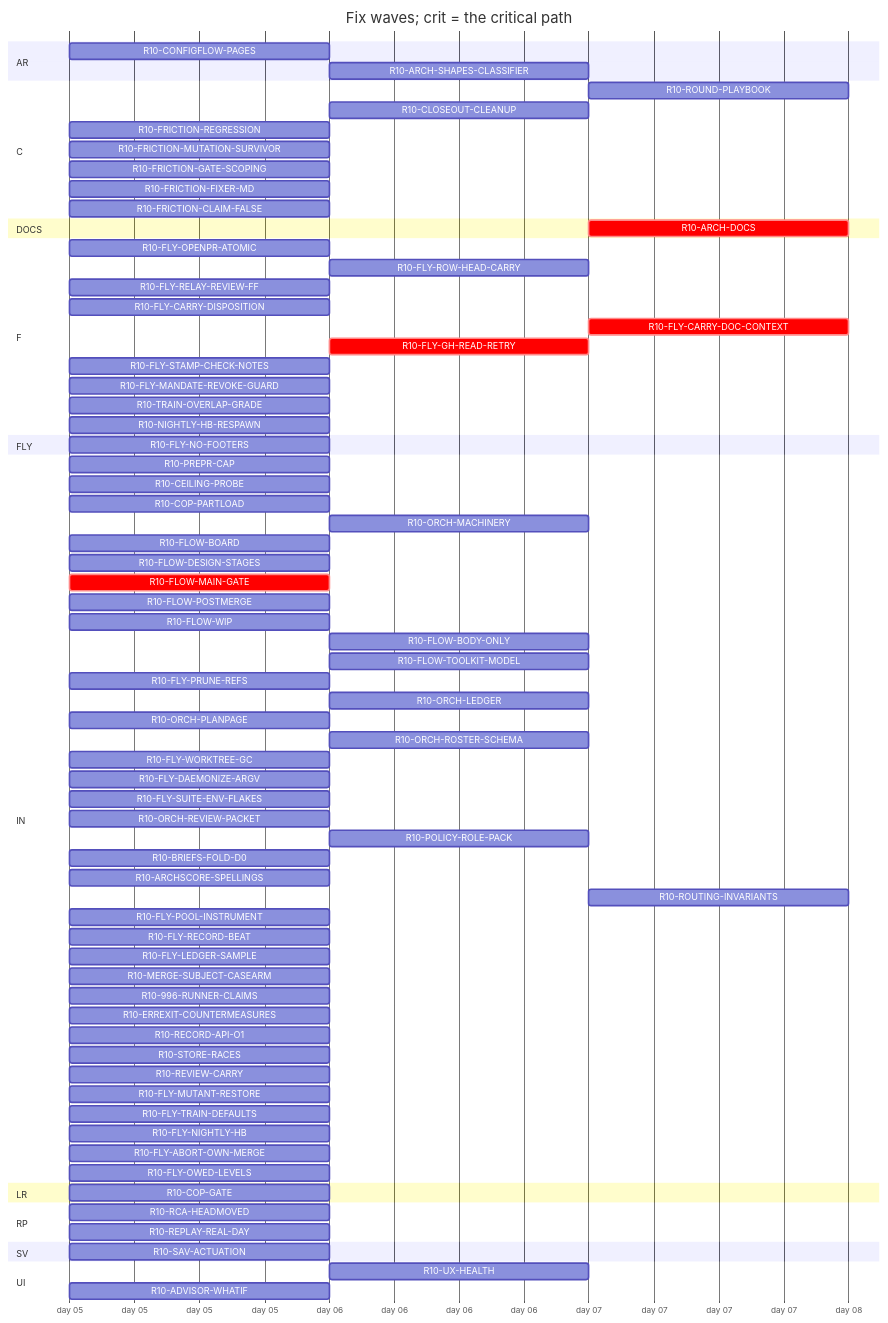
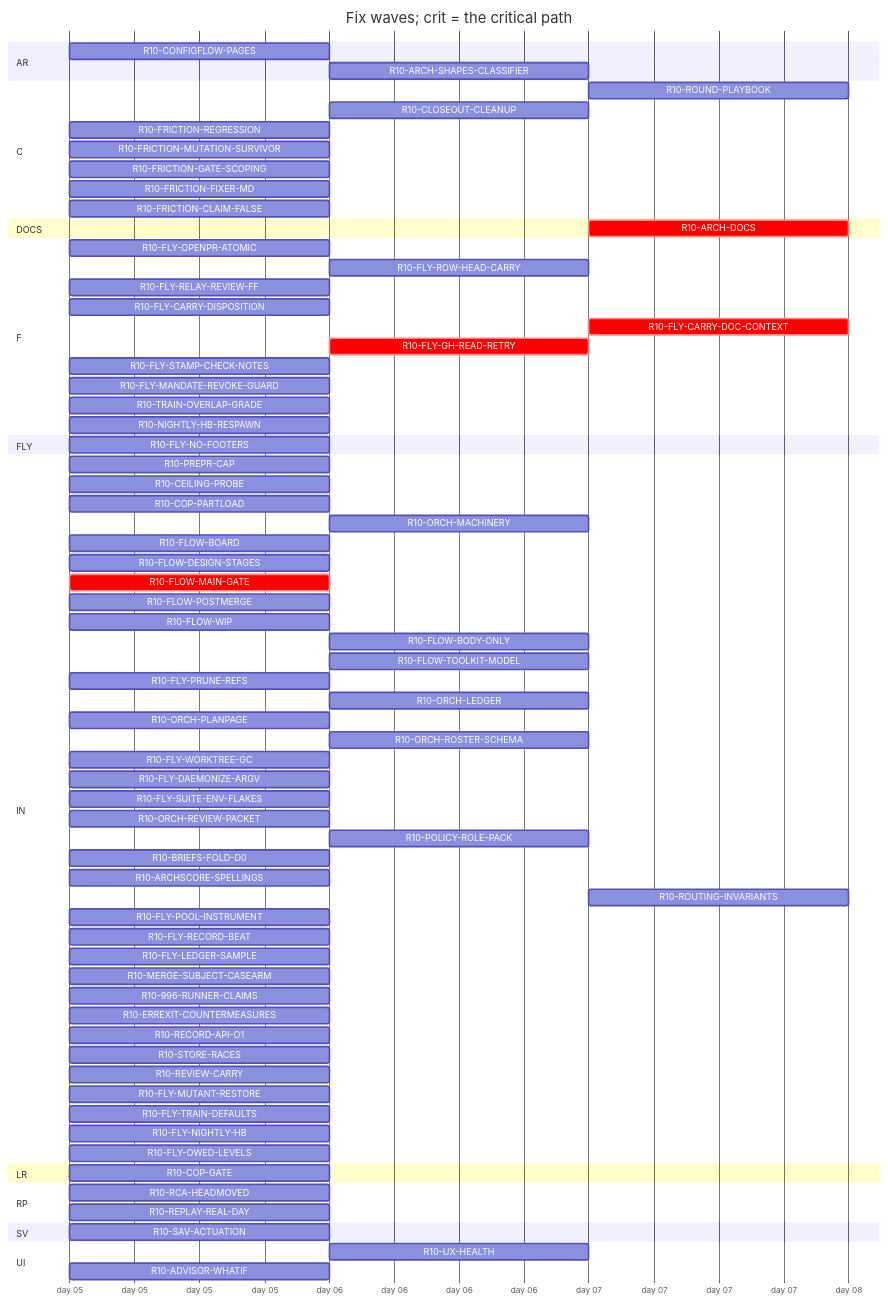
The diagram in handoff/round10/state/PLAN-TABLE.md (tvofi/heatpump_optimizer), drawn with Mermaid before and after one commit. The commit also changed other lines of this file and 3 other files, not shown here.

Commit message:
state: FLOW-BOARD.md, NEXT-SESSION-PROMPT.md, PLAN-TABLE.md, RESUME-CURRENT.md regenerated (state_docs.py)

````diff
--- a/handoff/round10/state/PLAN-TABLE.md
+++ b/handoff/round10/state/PLAN-TABLE.md
@@ -23,80 +23,79 @@
 ```mermaid
 gantt
   title Fix waves; crit = the critical path
   dateFormat YYYY-MM-DD
   axisFormat day %d
   section AR
     R10-CONFIGFLOW-PAGES :r10CONFIGFLOWPAGES, 2026-01-05, 1d
     R10-ARCH-SHAPES-CLASSIFIER :r10ARCHSHAPESCLASSIFIER, after r10996RUNNERCLAIMS, 1d
   section C
     R10-ROUND-PLAYBOOK :r10ROUNDPLAYBOOK, after r10ORCHLEDGER r10ORCHPLANPAGE r10FLOWMAINGATE r10FLYRELAYREVIEWFF r10FLOWBODYONLY, 1d
     R10-CLOSEOUT-CLEANUP :r10CLOSEOUTCLEANUP, after r10FLYPRUNEREFS r10FLYWORKTREEGC, 1d
     R10-FRICTION-REGRESSION :r10FRICTIONREGRESSION, 2026-01-05, 1d
     R10-FRICTION-MUTATION-SURVIVOR :r10FRICTIONMUTATIONSURVIVOR, 2026-01-05, 1d
     R10-FRICTION-GATE-SCOPING :r10FRICTIONGATESCOPING, 2026-01-05, 1d
     R10-FRICTION-FIXER-MD :r10FRICTIONFIXERMD, 2026-01-05, 1d
     R10-FRICTION-CLAIM-FALSE :r10FRICTIONCLAIMFALSE, 2026-01-05, 1d
   section DOCS
     R10-ARCH-DOCS :crit, r10ARCHDOCS, after r10COPGATE r10UXHEALTH r10CONFIGFLOWPAGES r10RCAHEADMOVED r10CEILINGPROBE r10COPPARTLOAD r10FLOWBOARD r10FLOWDESIGNSTAGES r10FLOWPOSTMERGE r10FLOWWIP r10FLOWBODYONLY r10FLYOPENPRATOMIC r10FLYROWHEADCARRY r10FLYRELAYREVIEWFF r10FLYCARRYDISPOSITION r10FLYCARRYDOCCONTEXT r10FLOWTOOLKITMODEL r10FLYSTAMPCHECKNOTES r10FLYMANDATEREVOKEGUARD r10TRAINOVERLAPGRADE r10NIGHTLYHBRESPAWN r10FLYPRUNEREFS r10ORCHLEDGER r10ORCHPLANPAGE r10ORCHROSTERSCHEMA r10FLYWORKTREEGC r10FLYDAEMONIZEARGV r10ORCHREVIEWPACKET r10POLICYROLEPACK r10BRIEFSFOLDD0 r10REPLAYREALDAY r10ARCHSCORESPELLINGS r10SAVACTUATION r10FLYLEDGERSAMPLE, 1d
   section F
     R10-FLY-OPENPR-ATOMIC :r10FLYOPENPRATOMIC, 2026-01-05, 1d
     R10-FLY-ROW-HEAD-CARRY :r10FLYROWHEADCARRY, after r10FLYOPENPRATOMIC, 1d
     R10-FLY-RELAY-REVIEW-FF :r10FLYRELAYREVIEWFF, 2026-01-05, 1d
     R10-FLY-CARRY-DISPOSITION :r10FLYCARRYDISPOSITION, 2026-01-05, 1d
     R10-FLY-CARRY-DOC-CONTEXT :crit, r10FLYCARRYDOCCONTEXT, after r10FLYGHREADRETRY, 1d
     R10-FLY-GH-READ-RETRY :crit, r10FLYGHREADRETRY, after r10FLOWMAINGATE, 1d
     R10-FLY-STAMP-CHECK-NOTES :r10FLYSTAMPCHECKNOTES, 2026-01-05, 1d
     R10-FLY-MANDATE-REVOKE-GUARD :r10FLYMANDATEREVOKEGUARD, 2026-01-05, 1d
     R10-TRAIN-OVERLAP-GRADE :r10TRAINOVERLAPGRADE, 2026-01-05, 1d
     R10-NIGHTLY-HB-RESPAWN :r10NIGHTLYHBRESPAWN, 2026-01-05, 1d
   section FLY
     R10-FLY-NO-FOOTERS :r10FLYNOFOOTERS, 2026-01-05, 1d
   section IN
     R10-PREPR-CAP :r10PREPRCAP, 2026-01-05, 1d
     R10-CEILING-PROBE :r10CEILINGPROBE, 2026-01-05, 1d
     R10-COP-PARTLOAD :r10COPPARTLOAD, 2026-01-05, 1d
     R10-ORCH-MACHINERY :r10ORCHMACHINERY, after r10FLOWMAINGATE, 1d
     R10-FLOW-BOARD :r10FLOWBOARD, 2026-01-05, 1d
     R10-FLOW-DESIGN-STAGES :r10FLOWDESIGNSTAGES, 2026-01-05, 1d
     R10-FLOW-MAIN-GATE :crit, r10FLOWMAINGATE, 2026-01-05, 1d
     R10-FLOW-POSTMERGE :r10FLOWPOSTMERGE, 2026-01-05, 1d
     R10-FLOW-WIP :r10FLOWWIP, 2026-01-05, 1d
     R10-FLOW-BODY-ONLY :r10FLOWBODYONLY, after r10FLYOPENPRATOMIC, 1d
     R10-FLOW-TOOLKIT-MODEL :r10FLOWTOOLKITMODEL, after r10ORCHPLANPAGE, 1d
     R10-FLY-PRUNE-REFS :r10FLYPRUNEREFS, 2026-01-05, 1d
     R10-ORCH-LEDGER :r10ORCHLEDGER, after r10FLOWMAINGATE, 1d
     R10-ORCH-PLANPAGE :r10ORCHPLANPAGE, 2026-01-05, 1d
     R10-ORCH-ROSTER-SCHEMA :r10ORCHROSTERSCHEMA, after r10FLOWMAINGATE, 1d
     R10-FLY-WORKTREE-GC :r10FLYWORKTREEGC, 2026-01-05, 1d
     R10-FLY-DAEMONIZE-ARGV :r10FLYDAEMONIZEARGV, 2026-01-05, 1d
     R10-FLY-SUITE-ENV-FLAKES :r10FLYSUITEENVFLAKES, 2026-01-05, 1d
     R10-ORCH-REVIEW-PACKET :r10ORCHREVIEWPACKET, 2026-01-05, 1d
     R10-POLICY-ROLE-PACK :r10POLICYROLEPACK, after r10FLOWDESIGNSTAGES, 1d
     R10-BRIEFS-FOLD-D0 :r10BRIEFSFOLDD0, 2026-01-05, 1d
     R10-ARCHSCORE-SPELLINGS :r10ARCHSCORESPELLINGS, 2026-01-05, 1d
     R10-ROUTING-INVARIANTS :r10ROUTINGINVARIANTS, after r10ORCHROSTERSCHEMA, 1d
     R10-FLY-POOL-INSTRUMENT :r10FLYPOOLINSTRUMENT, 2026-01-05, 1d
     R10-FLY-RECORD-BEAT :r10FLYRECORDBEAT, 2026-01-05, 1d
     R10-FLY-LEDGER-SAMPLE :r10FLYLEDGERSAMPLE, 2026-01-05, 1d
     R10-MERGE-SUBJECT-CASEARM :r10MERGESUBJECTCASEARM, 2026-01-05, 1d
     R10-996-RUNNER-CLAIMS :r10996RUNNERCLAIMS, 2026-01-05, 1d
     R10-ERREXIT-COUNTERMEASURES :r10ERREXITCOUNTERMEASURES, 2026-01-05, 1d
     R10-RECORD-API-O1 :r10RECORDAPIO1, 2026-01-05, 1d
     R10-STORE-RACES :r10STORERACES, 2026-01-05, 1d
     R10-REVIEW-CARRY :r10REVIEWCARRY, 2026-01-05, 1d
     R10-FLY-MUTANT-RESTORE :r10FLYMUTANTRESTORE, 2026-01-05, 1d
     R10-FLY-TRAIN-DEFAULTS :r10FLYTRAINDEFAULTS, 2026-01-05, 1d
     R10-FLY-NIGHTLY-HB :r10FLYNIGHTLYHB, 2026-01-05, 1d
-    R10-FLY-ABORT-OWN-MERGE :r10FLYABORTOWNMERGE, 2026-01-05, 1d
     R10-FLY-OWED-LEVELS :r10FLYOWEDLEVELS, 2026-01-05, 1d
   section LR
     R10-COP-GATE :r10COPGATE, 2026-01-05, 1d
   section RP
     R10-RCA-HEADMOVED :r10RCAHEADMOVED, 2026-01-05, 1d
     R10-REPLAY-REAL-DAY :r10REPLAYREALDAY, 2026-01-05, 1d
   section SV
     R10-SAV-ACTUATION :r10SAVACTUATION, 2026-01-05, 1d
   section UI
     R10-UX-HEALTH :r10UXHEALTH, after r10COPGATE, 1d
     R10-ADVISOR-WHATIF :r10ADVISORWHATIF, 2026-01-05, 1d
 ```
````
